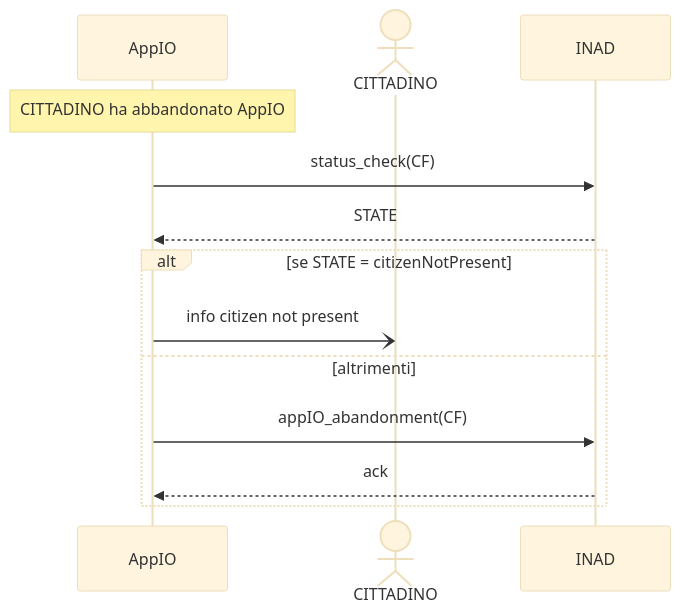
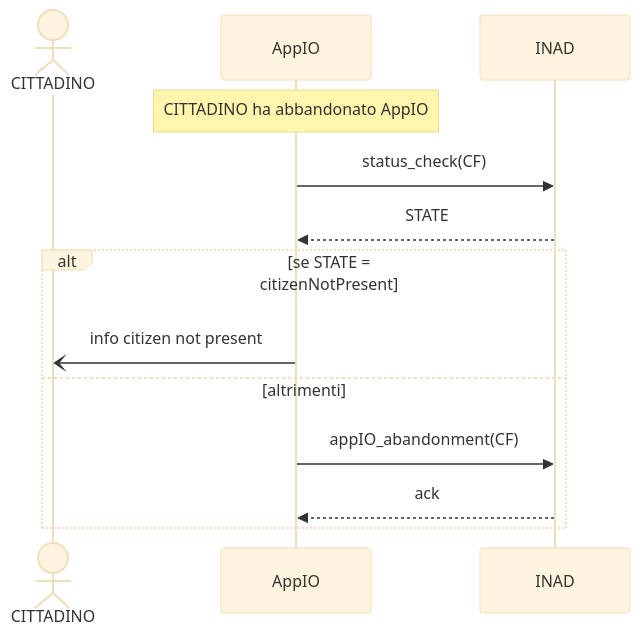
Before and after one commit to ioggstream/verify_integration_INAD_with_ANPR-IO: the diagram in mermind/UC014.md, drawn with Mermaid (base theme). The commit also changed 10 other files, not shown here.

````diff
--- a/mermind/UC014.md
+++ b/mermind/UC014.md
@@ -3,22 +3,22 @@
 ```mermaid
 sequenceDiagram
+  actor C as CITTADINO
   participant A as AppIO
-  actor C as CITTADINO
   participant I as INAD
 
   Note over A: CITTADINO ha abbandonato AppIO
 
   A ->> I: status_check(CF)
   I -->> A: STATE
 
-  alt se STATE = citizenNotPresent 
+  alt se STATE = citizenNotPresent
     A -) C: info citizen not present
 
   else altrimenti
-   
+
    A ->> I: appIO_abandonment(CF)
    I -->>A: ack
 
   end
 
   ```
````
